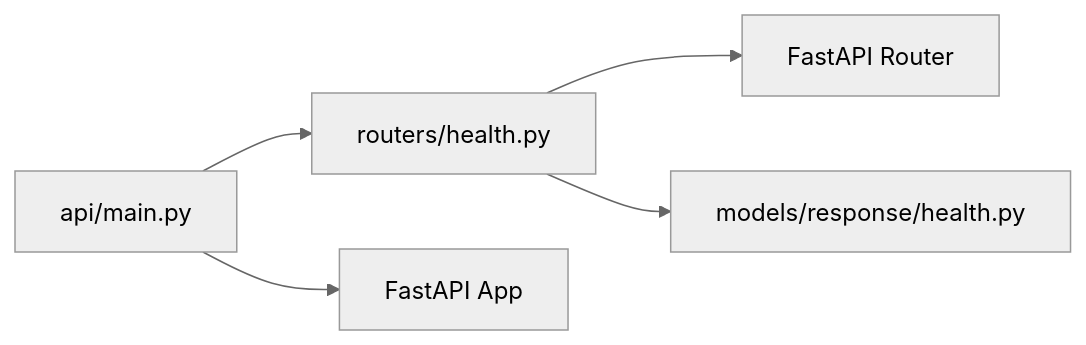
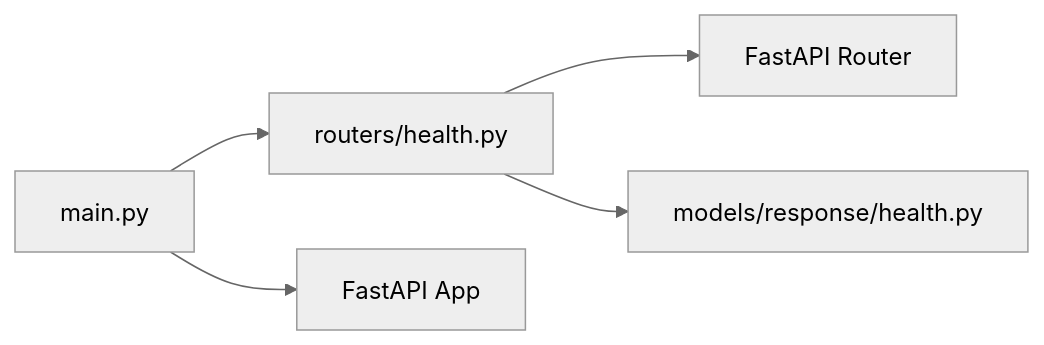
The third of 3 diagrams in src/data/docs/agentic-browser/API Server/Health and Monitoring API.md (tashifkhan/tashif.codes), drawn with Mermaid (neutral theme) before and after one commit. The commit also changed other lines of this file and 2128 other files, not shown here.

First line of the commit message:
docs: replace raster diagram images with native Mermaid across project guides

````diff
--- a/src/data/docs/agentic-browser/API Server/Health and Monitoring API.md
+++ b/src/data/docs/agentic-browser/API Server/Health and Monitoring API.md
@@ -97,7 +95,7 @@
 ```mermaid
 graph LR
 A["routers/health.py"] --> B["FastAPI Router"]
 A --> C["models/response/health.py"]
-D["api/main.py"] --> A
+D["main.py"] --> A
 D --> E["FastAPI App"]
 ```
````
